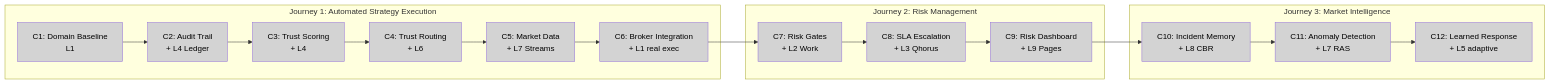
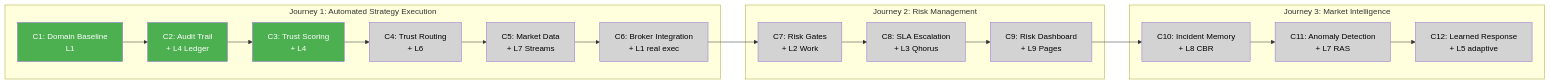
One commit to casehubio/fsitrading changed the third of 3 diagrams in ARC42STORIES.MD. Above: the diagram before and after it, drawn with Mermaid. The commit also changed other lines of this file and 59 other files, not shown here.

````diff
--- a/ARC42STORIES.MD
+++ b/ARC42STORIES.MD
@@ -282,35 +282,35 @@
 ```mermaid
 flowchart LR
   subgraph J1["Journey 1: Automated Strategy Execution"]
     C1["C1: Domain Baseline\nL1"] --> C2["C2: Audit Trail\n+ L4 Ledger"]
     C2 --> C3["C3: Trust Scoring\n+ L4"]
     C3 --> C4["C4: Trust Routing\n+ L6"]
     C4 --> C5["C5: Market Data\n+ L7 Streams"]
     C5 --> C6["C6: Broker Integration\n+ L1 real exec"]
   end
   
   subgraph J2["Journey 2: Risk Management"]
     C6 --> C7["C7: Risk Gates\n+ L2 Work"]
     C7 --> C8["C8: SLA Escalation\n+ L3 Qhorus"]
     C8 --> C9["C9: Risk Dashboard\n+ L9 Pages"]
   end
   
   subgraph J3["Journey 3: Market Intelligence"]
     C9 --> C10["C10: Incident Memory\n+ L8 CBR"]
     C10 --> C11["C11: Anomaly Detection\n+ L7 RAS"]
     C11 --> C12["C12: Learned Response\n+ L5 adaptive"]
   end
   
-  style C1 fill:#D3D3D3,color:#000
-  style C2 fill:#D3D3D3,color:#000
-  style C3 fill:#D3D3D3,color:#000
+  style C1 fill:#4CAF50,color:#fff
+  style C2 fill:#4CAF50,color:#fff
+  style C3 fill:#4CAF50,color:#fff
   style C4 fill:#D3D3D3,color:#000
   style C5 fill:#D3D3D3,color:#000
   style C6 fill:#D3D3D3,color:#000
   style C7 fill:#D3D3D3,color:#000
   style C8 fill:#D3D3D3,color:#000
   style C9 fill:#D3D3D3,color:#000
   style C10 fill:#D3D3D3,color:#000
   style C11 fill:#D3D3D3,color:#000
   style C12 fill:#D3D3D3,color:#000
 ```
````
